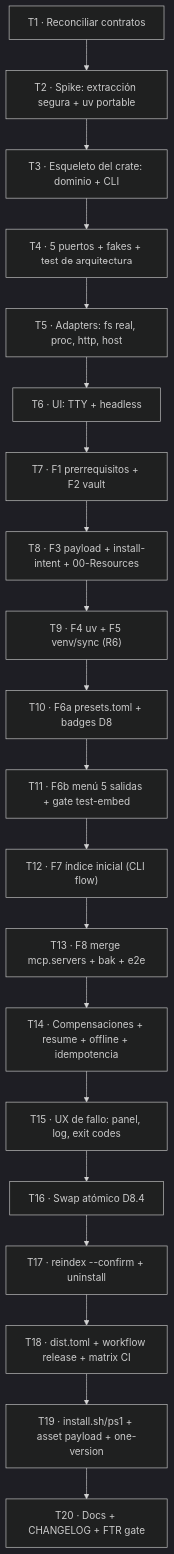
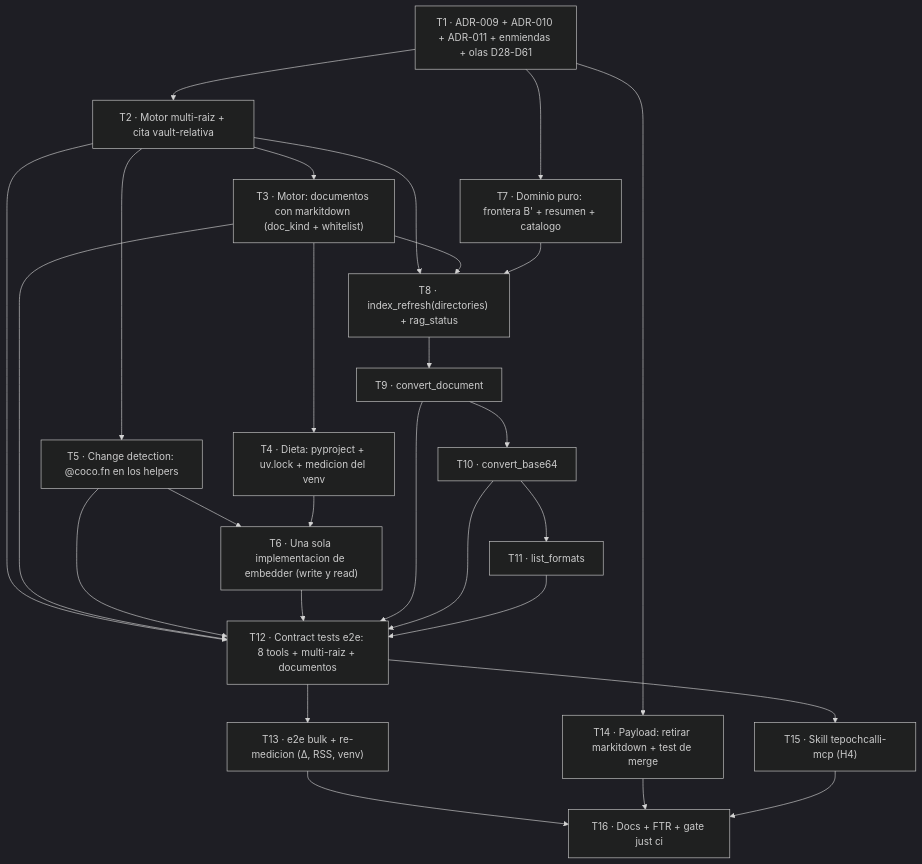
Before and after one commit to Fisherk2/tepochcalli-opencode: the diagram in tasks/plan.md, drawn with Mermaid (dark theme). The commit also changed other lines of this file and 1 other file, not shown here.

First line of the commit message:
docs: planificar Phase 3.5 (conversor, índice multi-raíz, dieta)

````diff
--- a/tasks/plan.md
+++ b/tasks/plan.md
@@ -98,22 +172,29 @@
 ```mermaid
 graph TB
-    T1["T1 · Reconciliar contratos"] --> T2["T2 · Spike: extracción segura + uv portable"]
-    T2 --> T3["T3 · Esqueleto del crate: dominio + CLI"]
-    T3 --> T4["T4 · 5 puertos + fakes + test de arquitectura"]
-    T4 --> T5["T5 · Adapters: fs real, proc, http, host"]
-    T5 --> T6["T6 · UI: TTY + headless"]
-    T6 --> T7["T7 · F1 prerrequisitos + F2 vault"]
-    T7 --> T8["T8 · F3 payload + install-intent + 00-Resources"]
-    T8 --> T9["T9 · F4 uv + F5 venv/sync (R6)"]
-    T9 --> T10["T10 · F6a presets.toml + badges D8"]
-    T10 --> T11["T11 · F6b menú 5 salidas + gate test-embed"]
-    T11 --> T12["T12 · F7 índice inicial (CLI flow)"]
-    T12 --> T13["T13 · F8 merge mcp.servers + bak + e2e"]
-    T13 --> T14["T14 · Compensaciones + resume + offline + idempotencia"]
-    T14 --> T15["T15 · UX de fallo: panel, log, exit codes"]
-    T15 --> T16["T16 · Swap atómico D8.4"]
-    T16 --> T17["T17 · reindex --confirm + uninstall"]
-    T17 --> T18["T18 · dist.toml + workflow release + matrix CI"]
-    T18 --> T19["T19 · install.sh/ps1 + asset payload + one-version"]
-    T19 --> T20["T20 · Docs + CHANGELOG + FTR gate"]
+    T1["T1 · ADR-009 + ADR-010 + ADR-011 + enmiendas + olas D28-D61"] --> T2["T2 · Motor multi-raiz + cita vault-relativa"]
+    T2 --> T3["T3 · Motor: documentos con markitdown (doc_kind + whitelist)"]
+    T2 --> T5["T5 · Change detection: @coco.fn en los helpers"]
+    T3 --> T4["T4 · Dieta: pyproject + uv.lock + medicion del venv"]
+    T5 --> T6["T6 · Una sola implementacion de embedder (write y read)"]
+    T4 --> T6
+    T1 --> T7["T7 · Dominio puro: frontera B' + resumen + catalogo"]
+    T2 --> T8["T8 · index_refresh(directories) + rag_status"]
+    T3 --> T8
+    T7 --> T8
+    T8 --> T9["T9 · convert_document"]
+    T9 --> T10["T10 · convert_base64"]
+    T10 --> T11["T11 · list_formats"]
+    T2 --> T12["T12 · Contract tests e2e: 8 tools + multi-raiz + documentos"]
+    T3 --> T12
+    T5 --> T12
+    T6 --> T12
+    T9 --> T12
+    T10 --> T12
+    T11 --> T12
+    T12 --> T13["T13 · e2e bulk + re-medicion (Δ, RSS, venv)"]
+    T1 --> T14["T14 · Payload: retirar markitdown + test de merge"]
+    T12 --> T15["T15 · Skill tepochcalli-mcp (H4)"]
+    T13 --> T16["T16 · Docs + FTR + gate just ci"]
+    T14 --> T16
+    T15 --> T16
 ```
````
